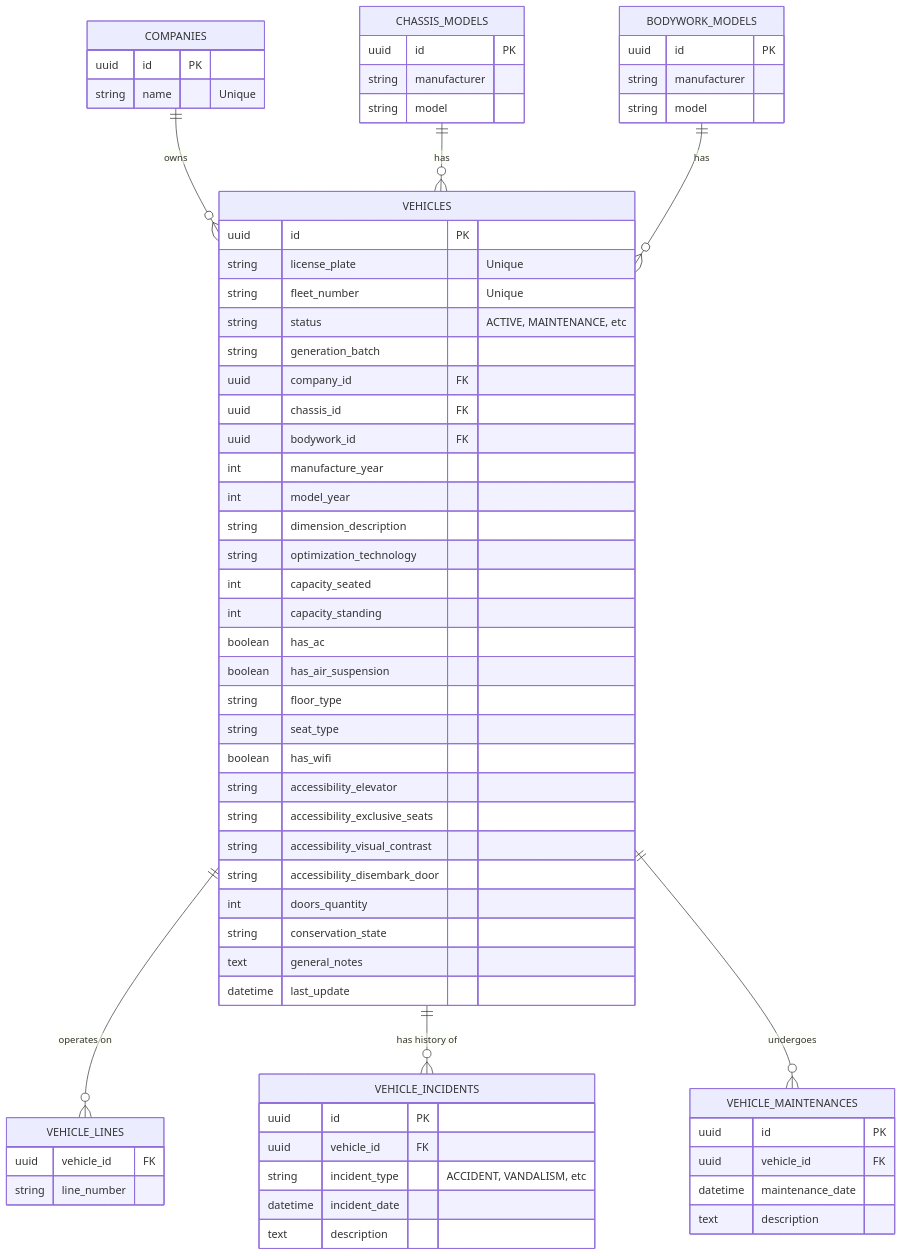
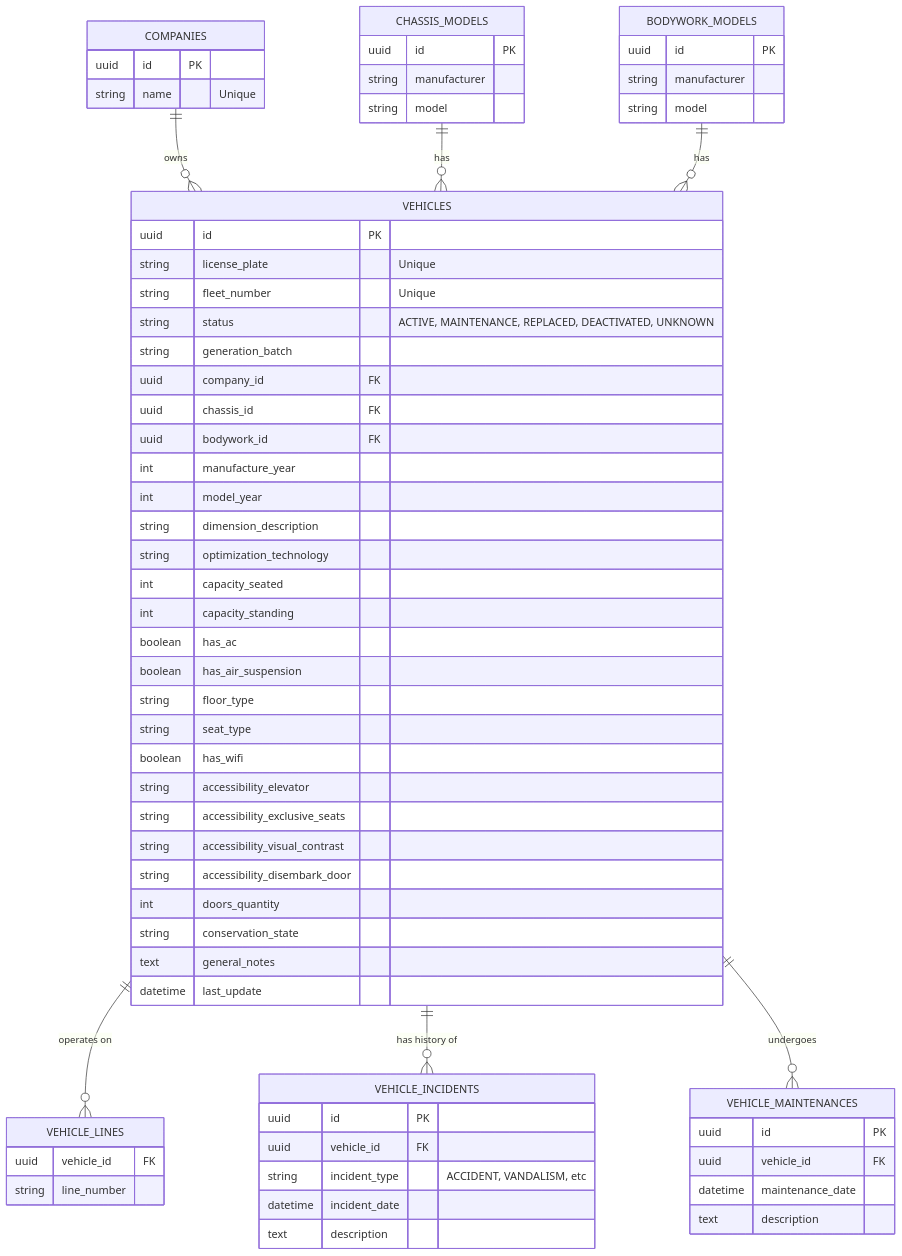
One commit to gabriersdev/mobilidade changed the diagram in docs/planning/bus-repo/database-diagram.md. Above: the diagram before and after it, drawn with Mermaid. The commit also changed 1 other file, not shown here.

Commit message:
docs: update COMMIT-RULES.md and database-diagram.md

````diff
--- a/docs/planning/bus-repo/database-diagram.md
+++ b/docs/planning/bus-repo/database-diagram.md
@@ -5,76 +5,76 @@
 ```mermaid
 erDiagram
     COMPANIES ||--o{ VEHICLES : "owns"
     CHASSIS_MODELS ||--o{ VEHICLES : "has"
     BODYWORK_MODELS ||--o{ VEHICLES : "has"
     VEHICLES ||--o{ VEHICLE_LINES : "operates on"
     VEHICLES ||--o{ VEHICLE_INCIDENTS : "has history of"
     VEHICLES ||--o{ VEHICLE_MAINTENANCES : "undergoes"
 
     COMPANIES {
         uuid id PK
         string name "Unique"
     }
 
     CHASSIS_MODELS {
         uuid id PK
         string manufacturer
         string model
     }
 
     BODYWORK_MODELS {
         uuid id PK
         string manufacturer
         string model
     }
 
     VEHICLES {
         uuid id PK
         string license_plate "Unique"
         string fleet_number "Unique"
-        string status "ACTIVE, MAINTENANCE, etc"
+        string status "ACTIVE, MAINTENANCE, REPLACED, DEACTIVATED, UNKNOWN"
         string generation_batch
         uuid company_id FK
         uuid chassis_id FK
         uuid bodywork_id FK
         int manufacture_year
         int model_year
         string dimension_description
         string optimization_technology
         int capacity_seated
         int capacity_standing
         boolean has_ac
         boolean has_air_suspension
         string floor_type
         string seat_type
         boolean has_wifi
         string accessibility_elevator
         string accessibility_exclusive_seats
         string accessibility_visual_contrast
         string accessibility_disembark_door
         int doors_quantity
         string conservation_state
         text general_notes
         datetime last_update
     }
 
     VEHICLE_LINES {
         uuid vehicle_id FK
         string line_number
     }
 
     VEHICLE_INCIDENTS {
         uuid id PK
         uuid vehicle_id FK
         string incident_type "ACCIDENT, VANDALISM, etc"
         datetime incident_date
         text description
     }
 
     VEHICLE_MAINTENANCES {
         uuid id PK
         uuid vehicle_id FK
         datetime maintenance_date
         text description
     }
 ```
````
